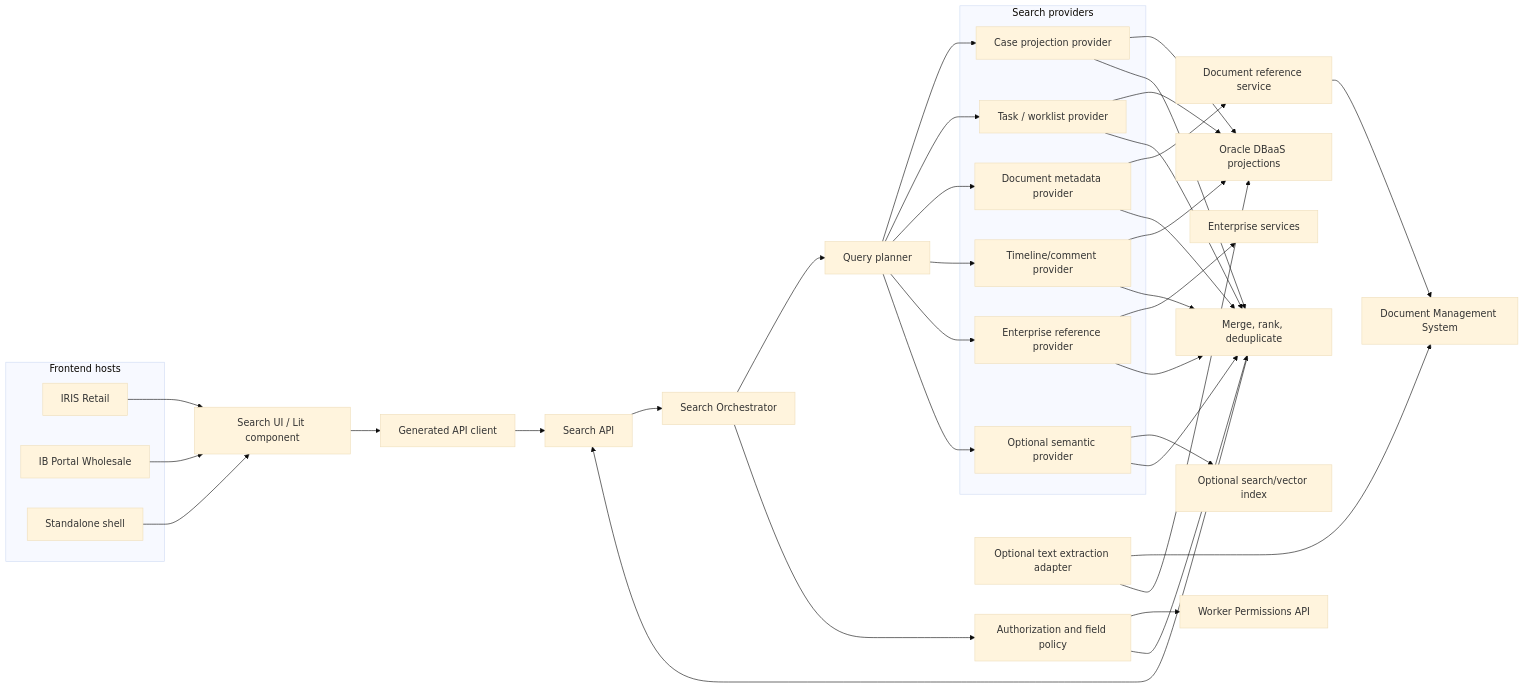
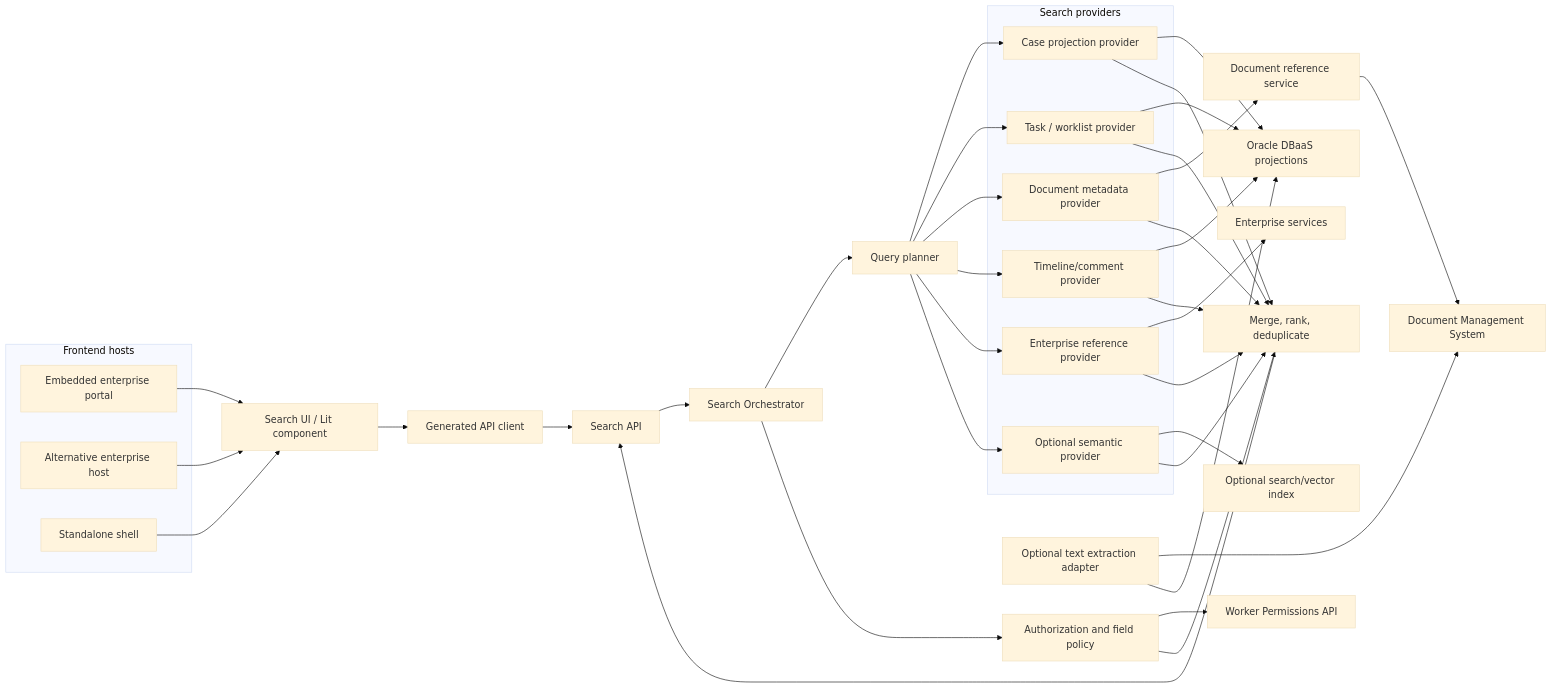
Before and after one commit to Ronrock/case-management-design: the first of 3 diagrams in docs/search-architecture.md, drawn with Mermaid (base theme). The commit also changed other lines of this file and 2 other files, not shown here.

Commit message:
docs: remove organization-specific terminology

````diff
--- a/docs/search-architecture.md
+++ b/docs/search-architecture.md
@@ -26,64 +26,64 @@
 ```mermaid
 flowchart LR
   subgraph Hosts["Frontend hosts"]
-    iris["IRIS Retail"]
-    ib["IB Portal Wholesale"]
+    embeddedA["Embedded enterprise portal"]
+    embeddedB["Alternative enterprise host"]
     shell["Standalone shell"]
   end
 
   component["Search UI / Lit component"]
   client["Generated API client"]
   api["Search API"]
   orchestrator["Search Orchestrator"]
   planner["Query planner"]
   auth["Authorization and field policy"]
   wp["Worker Permissions API"]
   merge["Merge, rank, deduplicate"]
 
   subgraph Providers["Search providers"]
     cases["Case projection provider"]
     tasks["Task / worklist provider"]
     docs["Document metadata provider"]
     timeline["Timeline/comment provider"]
     enterprise["Enterprise reference provider"]
     semantic["Optional semantic provider"]
   end
 
   oracle["Oracle DBaaS projections"]
   documentService["Document reference service"]
   dms["Document Management System"]
   extractor["Optional text extraction adapter"]
   enterpriseServices["Enterprise services"]
   vector["Optional search/vector index"]
 
-  iris --> component
-  ib --> component
+  embeddedA --> component
+  embeddedB --> component
   shell --> component
   component --> client --> api --> orchestrator
   orchestrator --> planner
   orchestrator --> auth
   auth --> wp
   planner --> cases
   planner --> tasks
   planner --> docs
   planner --> timeline
   planner --> enterprise
   planner --> semantic
   cases --> oracle
   tasks --> oracle
   timeline --> oracle
   docs --> documentService
   documentService --> dms
   extractor --> dms
   extractor --> oracle
   enterprise --> enterpriseServices
   semantic --> vector
   cases --> merge
   tasks --> merge
   docs --> merge
   timeline --> merge
   enterprise --> merge
   semantic --> merge
   auth --> merge
   merge --> api
 ```
````
